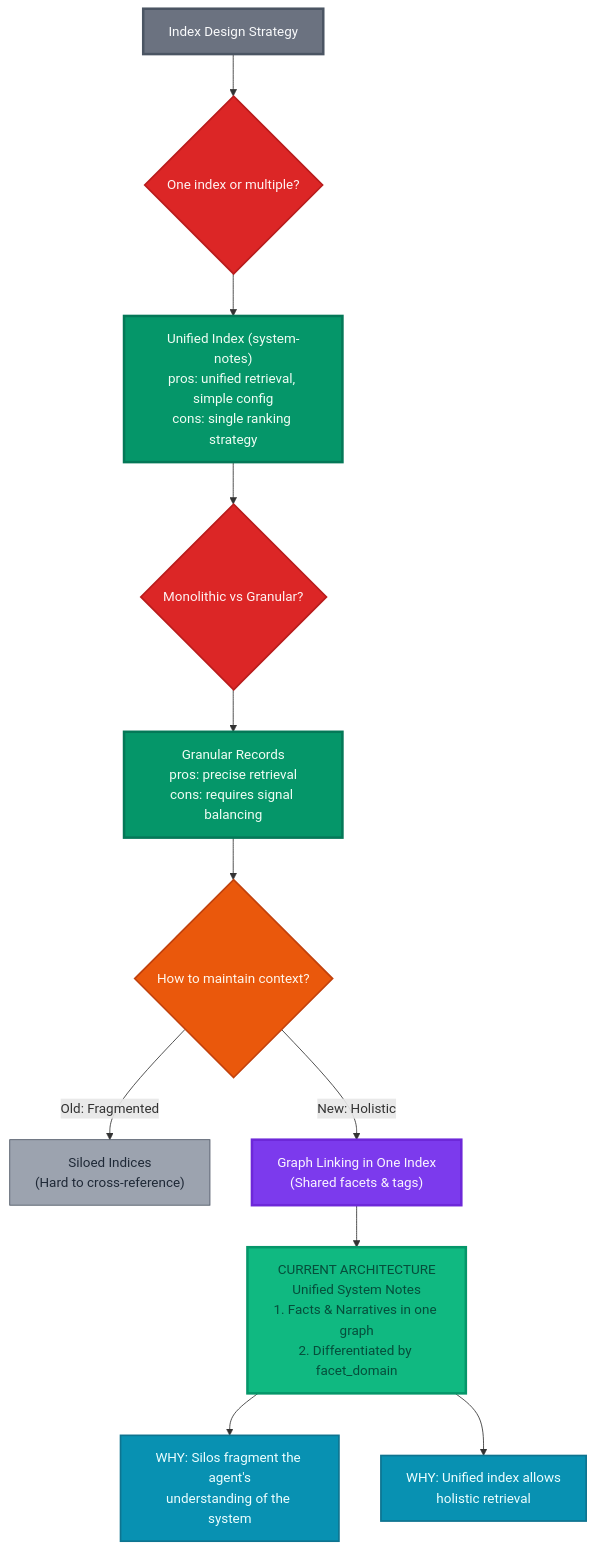
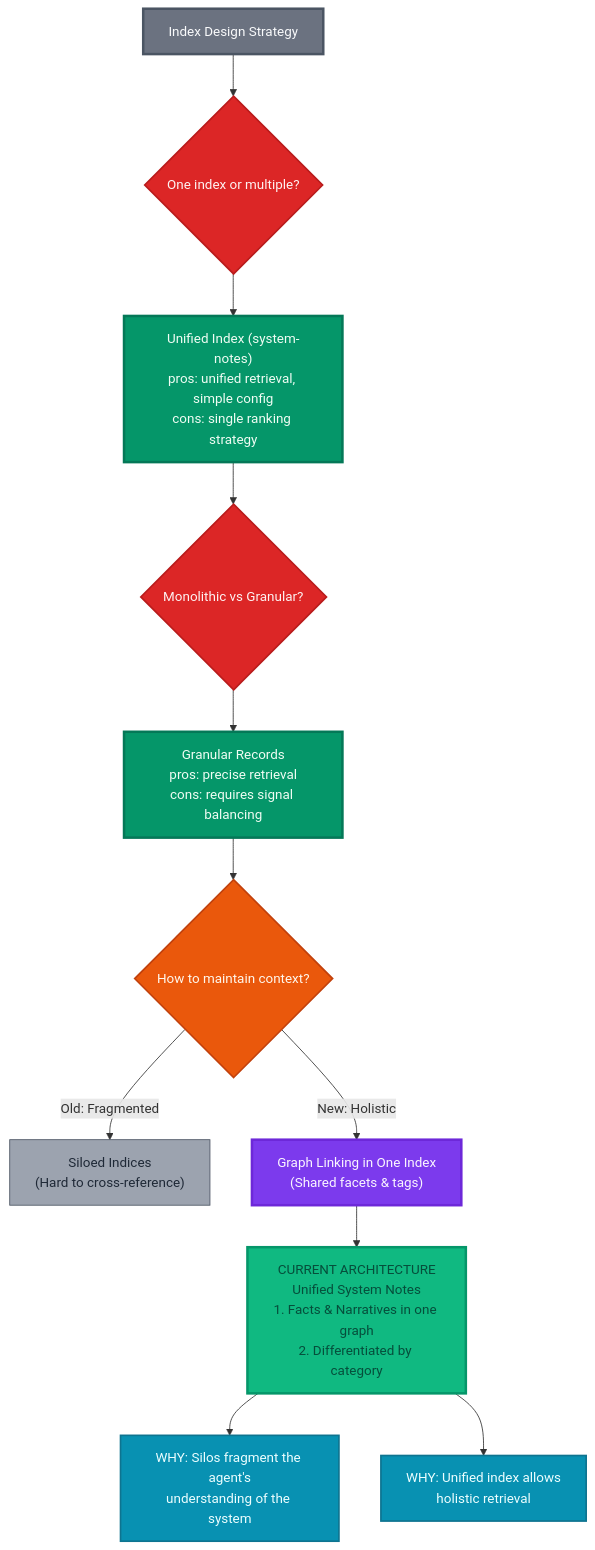
Before and after one commit to anchildress1/system-notes: the diagram in apps/api/algolia/diagrams/index-design-rationale.md, drawn with Mermaid. The commit also changed 21 other files, not shown here.

````diff
--- a/apps/api/algolia/diagrams/index-design-rationale.md
+++ b/apps/api/algolia/diagrams/index-design-rationale.md
@@ -6,49 +6,49 @@
 ```mermaid
 graph TD
     accTitle: Algolia Index Design Rationale
     accDescr: Decision tree showing the evolution from monolithic schema to granular fact architecture
 
     Start["Index Design Strategy"]:::start
 
     %% Phase 1: Structure
     Q1{"One index or multiple?"}:::question
     Unified["Unified Index (system-notes)<br/>pros: unified retrieval, simple config<br/>cons: single ranking strategy"]:::chosen
 
     %% Phase 2: Content Granularity
     Q2{"Monolithic vs Granular?"}:::question
     Granular["Granular Records<br/>pros: precise retrieval<br/>cons: requires signal balancing"]:::chosen
 
     %% Phase 3: The Context Problem
     Q3{"How to maintain context?"}:::problem
     OldWay["Siloed Indices<br/>(Hard to cross-reference)"]:::cons
     NewWay["Graph Linking in One Index<br/>(Shared facets & tags)"]:::solution
 
     %% Final decision
-    Decision["CURRENT ARCHITECTURE<br/>Unified System Notes<br/>1. Facts & Narratives in one graph<br/>2. Differentiated by facet_domain"]:::final
+    Decision["CURRENT ARCHITECTURE<br/>Unified System Notes<br/>1. Facts & Narratives in one graph<br/>2. Differentiated by category"]:::final
 
     %% Rationale
     Why1["WHY: Silos fragment the agent's<br/>understanding of the system"]:::rationale
     Why2["WHY: Unified index allows<br/>holistic retrieval"]:::rationale
 
     %% Flow
     Start --> Q1
     Q1 --> Unified
     Unified --> Q2
     Q2 --> Granular
     Granular --> Q3
     Q3 -->|Old: Fragmented| OldWay
     Q3 -->|New: Holistic| NewWay
     NewWay --> Decision
     Decision --> Why1
     Decision --> Why2
 
     %% Styles
     classDef start fill:#6b7280,stroke:#4b5563,stroke-width:3px,color:#f9fafb
     classDef question fill:#dc2626,stroke:#b91c1c,stroke-width:2px,color:#fef2f2
     classDef chosen fill:#059669,stroke:#047857,stroke-width:3px,color:#f0fdf4
     classDef problem fill:#ea580c,stroke:#c2410c,stroke-width:2px,color:#fff7ed
     classDef solution fill:#7c3aed,stroke:#6d28d9,stroke-width:3px,color:#faf5ff
     classDef cons fill:#9ca3af,stroke:#4b5563,stroke-width:1px,color:#1f2937
     classDef final fill:#10b981,stroke:#059669,stroke-width:3px,color:#064e3b
     classDef rationale fill:#0891b2,stroke:#0e7490,stroke-width:2px,color:#ecfeff
 ```
````
